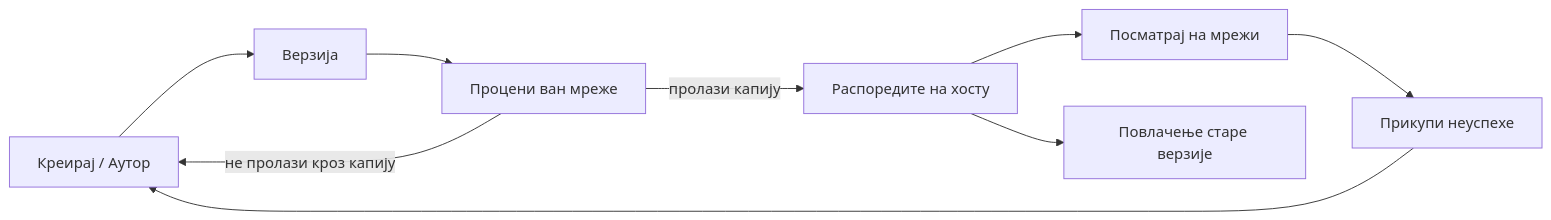
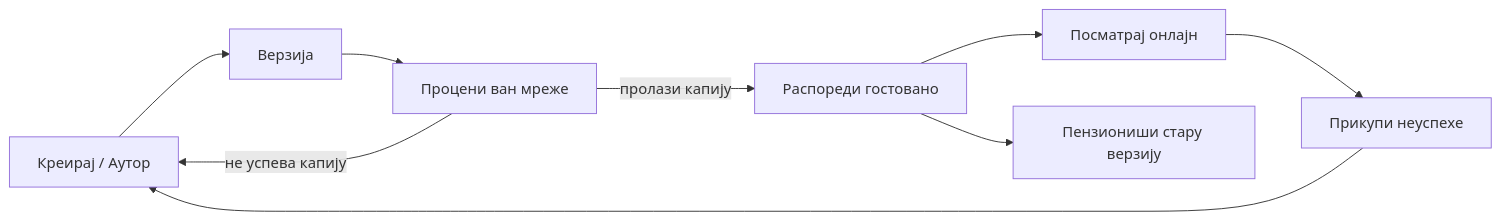
The second of 4 diagrams in mirrors/repos/microsoft@ai-agents-for-beginners/translations/sr/16-deploying-scalable-agents/README.md (gabrielmoreira/agent-skills-mirror), drawn with Mermaid before and after one commit. The commit also changed other lines of this file and 4262 other files, not shown here.

````diff
--- a/mirrors/repos/microsoft@ai-agents-for-beginners/translations/sr/16-deploying-scalable-agents/README.md
+++ b/mirrors/repos/microsoft@ai-agents-for-beginners/translations/sr/16-deploying-scalable-agents/README.md
@@ -108,11 +108,11 @@
 ```mermaid
 flowchart LR
     Create[Креирај / Аутор] --> Version[Верзија]
     Version --> Evaluate[Процени ван мреже]
-    Evaluate -->|пролази капију| Deploy[Распоредите на хосту]
-    Evaluate -->|не пролази кроз капију| Create
-    Deploy --> Observe[Посматрај на мрежи]
+    Evaluate -->|пролази капију| Deploy[Распореди гостовано]
+    Evaluate -->|не успева капију| Create
+    Deploy --> Observe[Посматрај онлајн]
     Observe --> Improve[Прикупи неуспехе]
     Improve --> Create
-    Deploy --> Retire[Повлачење старе верзије]
+    Deploy --> Retire[Пензиониши стару верзију]
 ```
````
